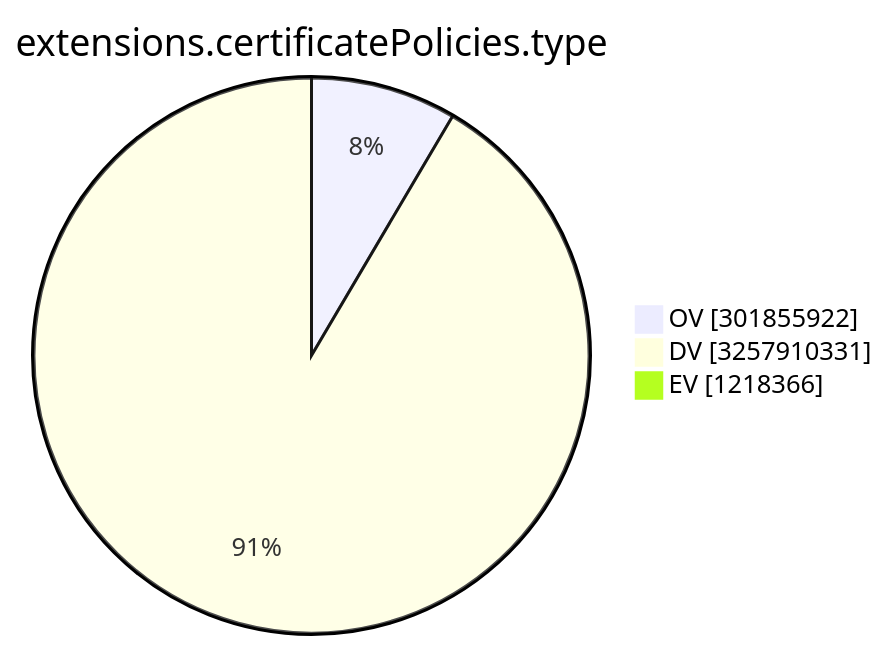
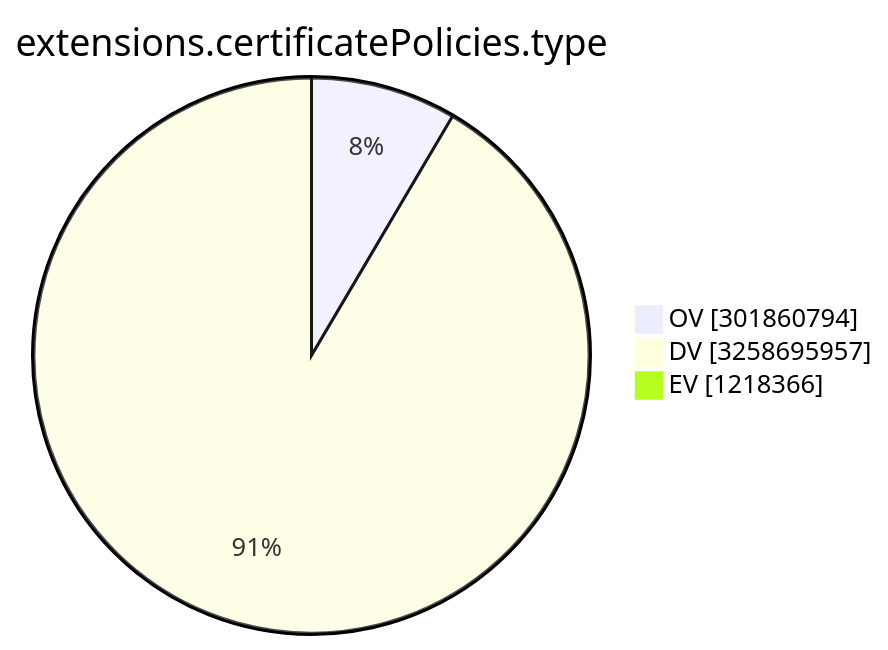
One commit to christiankrug/ctmonitor_visualization changed the ninth of 15 diagrams in TOTAL/README.md. Above: the diagram before and after it, drawn with Mermaid. The commit also changed other lines of this file, not shown here.

````diff
--- a/TOTAL/README.md
+++ b/TOTAL/README.md
@@ -3107,7 +3107,7 @@
 ```mermaid
 pie showData
 title extensions.certificatePolicies.type
-"OV" :301855922
-"DV" :3257910331
+"OV" :301860794
+"DV" :3258695957
 "EV" :1218366
 ```
````
